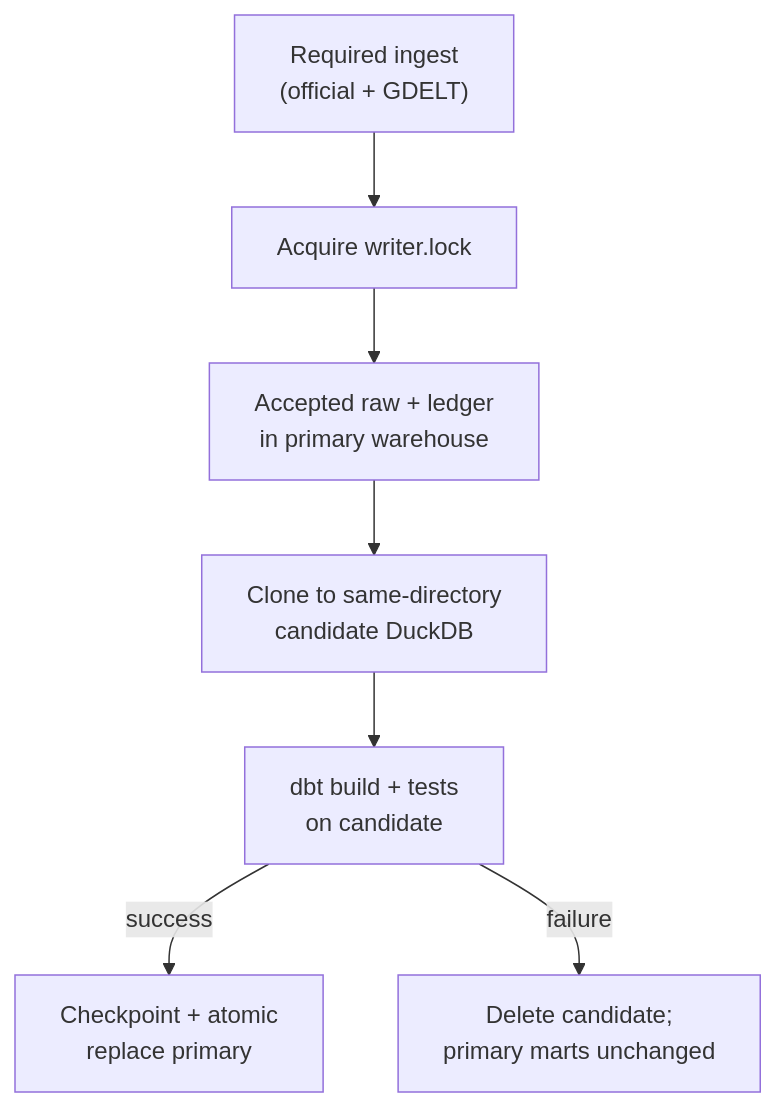
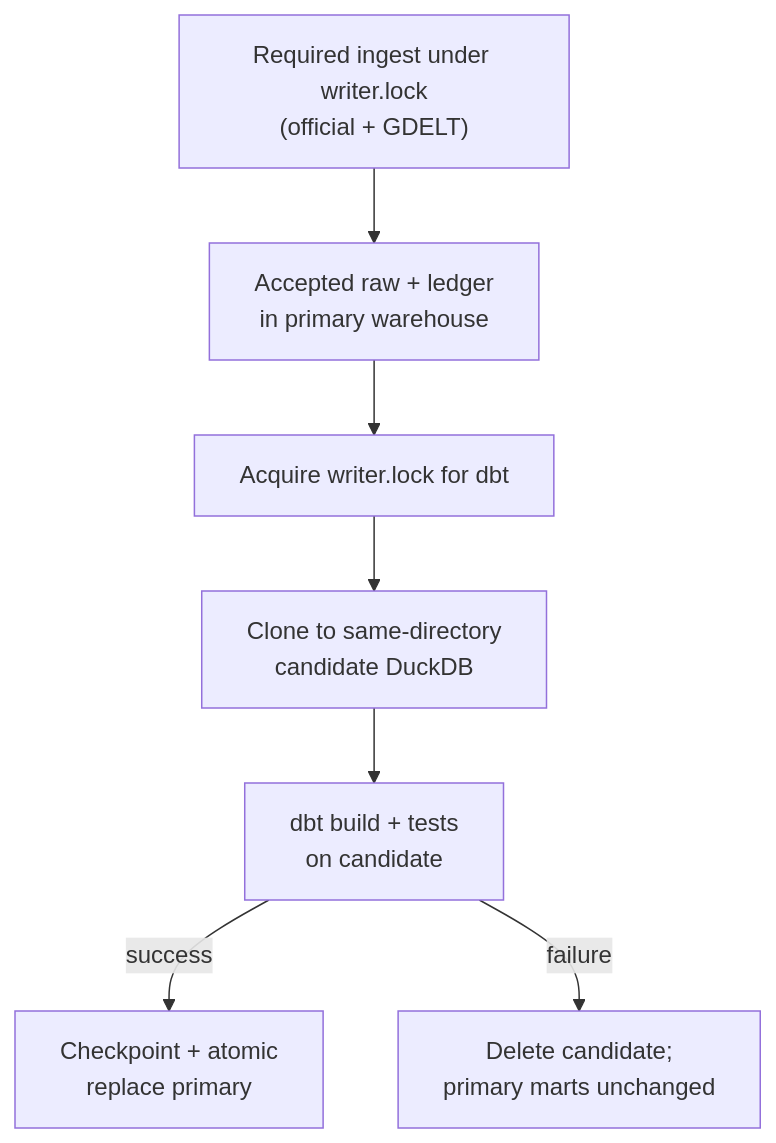
One commit to hypertrial/travelcanary-pipeline changed the second of 2 diagrams in docs/concepts/architecture.md. Above: the diagram before and after it, drawn with Mermaid. The commit also changed 5 other files, not shown here.

````diff
--- a/docs/concepts/architecture.md
+++ b/docs/concepts/architecture.md
@@ -32,17 +32,17 @@
 ```mermaid
 flowchart TB
-  ingest["Required ingest\n(official + GDELT)"]
-  lock["Acquire writer.lock"]
+  ingest["Required ingest under writer.lock\n(official + GDELT)"]
   raw["Accepted raw + ledger\nin primary warehouse"]
+  dbtLock["Acquire writer.lock for dbt"]
   candidate["Clone to same-directory\ncandidate DuckDB"]
   dbt["dbt build + tests\non candidate"]
   promote["Checkpoint + atomic\nreplace primary"]
   fail["Delete candidate;\nprimary marts unchanged"]
 
-  ingest --> lock
-  lock --> raw
-  raw --> candidate
+  ingest --> raw
+  raw --> dbtLock
+  dbtLock --> candidate
   candidate --> dbt
   dbt -->|success| promote
   dbt -->|failure| fail
 ```
````
